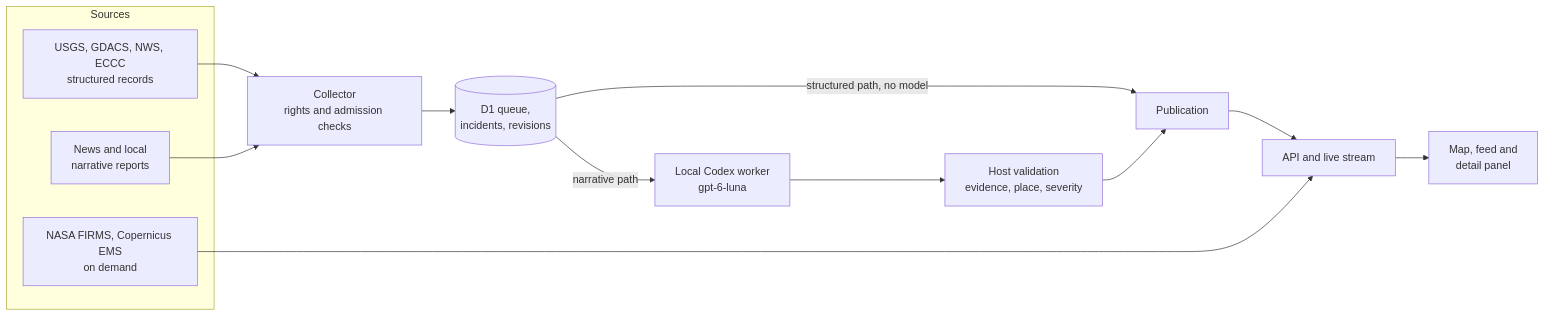
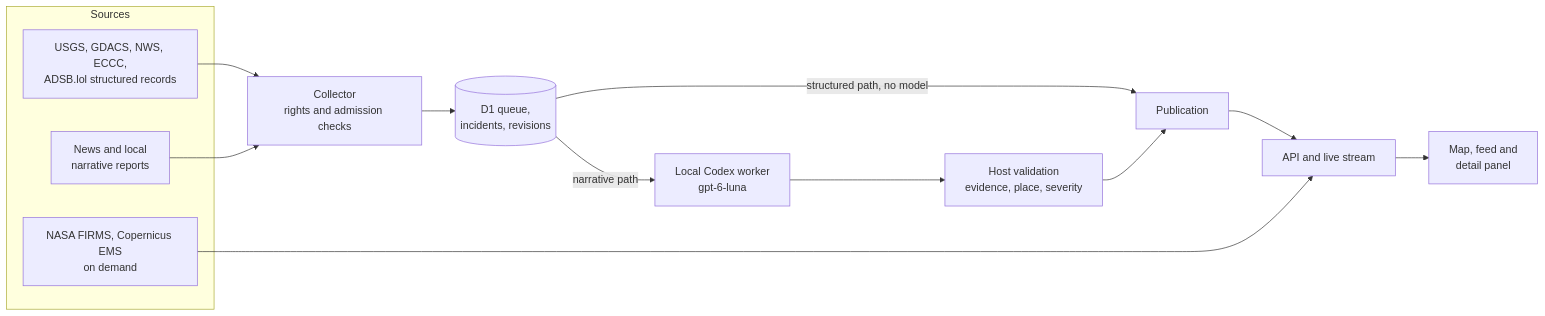
Before and after one commit to fortunexbt/world-watch: the diagram in README.md, drawn with Mermaid. The commit also changed other lines of this file and 16 other files, not shown here.

````diff
--- a/README.md
+++ b/README.md
@@ -34,18 +34,18 @@
 ```mermaid
 flowchart LR
   subgraph Sources
-    S1[USGS, GDACS, NWS, ECCC<br/>structured records]
+    S1[USGS, GDACS, NWS, ECCC,<br/>ADSB.lol structured records]
     S2[News and local<br/>narrative reports]
     S3[NASA FIRMS, Copernicus EMS<br/>on demand]
   end
   S1 --> C[Collector<br/>rights and admission checks]
   S2 --> C
   C --> D[(D1 queue,<br/>incidents, revisions)]
   D -->|structured path, no model| P[Publication]
   D -->|narrative path| W[Local Codex worker<br/>gpt-6-luna]
   W --> V[Host validation<br/>evidence, place, severity]
   V --> P
   P --> A[API and live stream]
   S3 --> A
   A --> M[Map, feed and<br/>detail panel]
 ```
````
